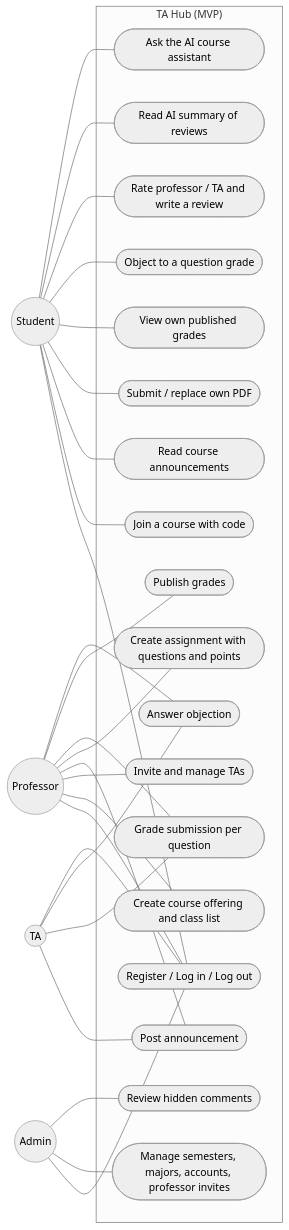
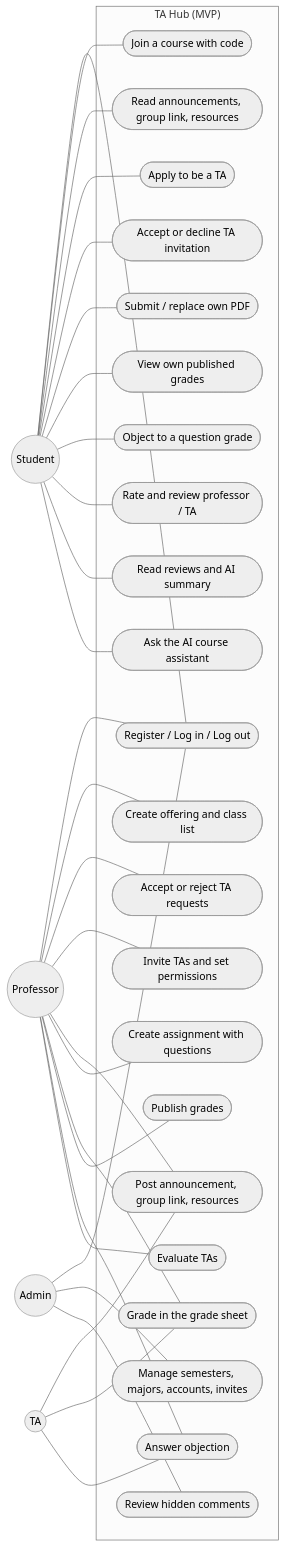
One commit to sherviiinn/TAHub changed the first of 4 diagrams in README.md. Above: the diagram before and after it, drawn with Mermaid (neutral theme). The commit also changed other lines of this file and 1 other file, not shown here.

Commit message:
Update README and project context with new MVP scope and full feature list

````diff
--- a/README.md
+++ b/README.md
@@ -207,56 +338,63 @@
 ```mermaid
 flowchart LR
     S((Student))
     T((TA))
     P((Professor))
     A((Admin))
 
     subgraph TAHub ["TA Hub (MVP)"]
         UC1([Register / Log in / Log out])
         UC2([Join a course with code])
-        UC3([Read course announcements])
-        UC4([Submit / replace own PDF])
-        UC5([View own published grades])
-        UC6([Object to a question grade])
-        UC7([Create course offering and class list])
-        UC8([Invite and manage TAs])
-        UC9([Post announcement])
-        UC10([Create assignment with questions and points])
-        UC11([Grade submission per question])
-        UC12([Publish grades])
-        UC13([Answer objection])
-        UC14([Manage semesters, majors, accounts, professor invites])
-        UC15([Rate professor / TA and write a review])
-        UC16([Read AI summary of reviews])
-        UC17([Ask the AI course assistant])
-        UC18([Review hidden comments])
+        UC3([Read announcements, group link, resources])
+        UC4([Apply to be a TA])
+        UC5([Accept or decline TA invitation])
+        UC6([Submit / replace own PDF])
+        UC7([View own published grades])
+        UC8([Object to a question grade])
+        UC9([Rate and review professor / TA])
+        UC10([Read reviews and AI summary])
+        UC11([Ask the AI course assistant])
+        UC12([Create offering and class list])
+        UC13([Accept or reject TA requests])
+        UC14([Invite TAs and set permissions])
+        UC15([Post announcement, group link, resources])
+        UC16([Create assignment with questions])
+        UC17([Grade in the grade sheet])
+        UC18([Publish grades])
+        UC19([Answer objection])
+        UC20([Evaluate TAs])
+        UC21([Manage semesters, majors, accounts, invites])
+        UC22([Review hidden comments])
     end
 
     S --- UC1
     S --- UC2
     S --- UC3
     S --- UC4
     S --- UC5
     S --- UC6
-    S --- UC15
-    S --- UC16
-    S --- UC17
+    S --- UC7
+    S --- UC8
+    S --- UC9
+    S --- UC10
+    S --- UC11
 
-    T --- UC9
-    T --- UC11
-    T --- UC13
+    T --- UC15
+    T --- UC17
+    T --- UC19
 
     P --- UC1
-    P --- UC7
-    P --- UC8
-    P --- UC9
-    P --- UC10
-    P --- UC11
     P --- UC12
     P --- UC13
+    P --- UC14
+    P --- UC15
+    P --- UC16
+    P --- UC17
+    P --- UC18
+    P --- UC19
+    P --- UC20
 
-    T --- UC1
     A --- UC1
-    A --- UC14
-    A --- UC18
+    A --- UC21
+    A --- UC22
 ```
````
